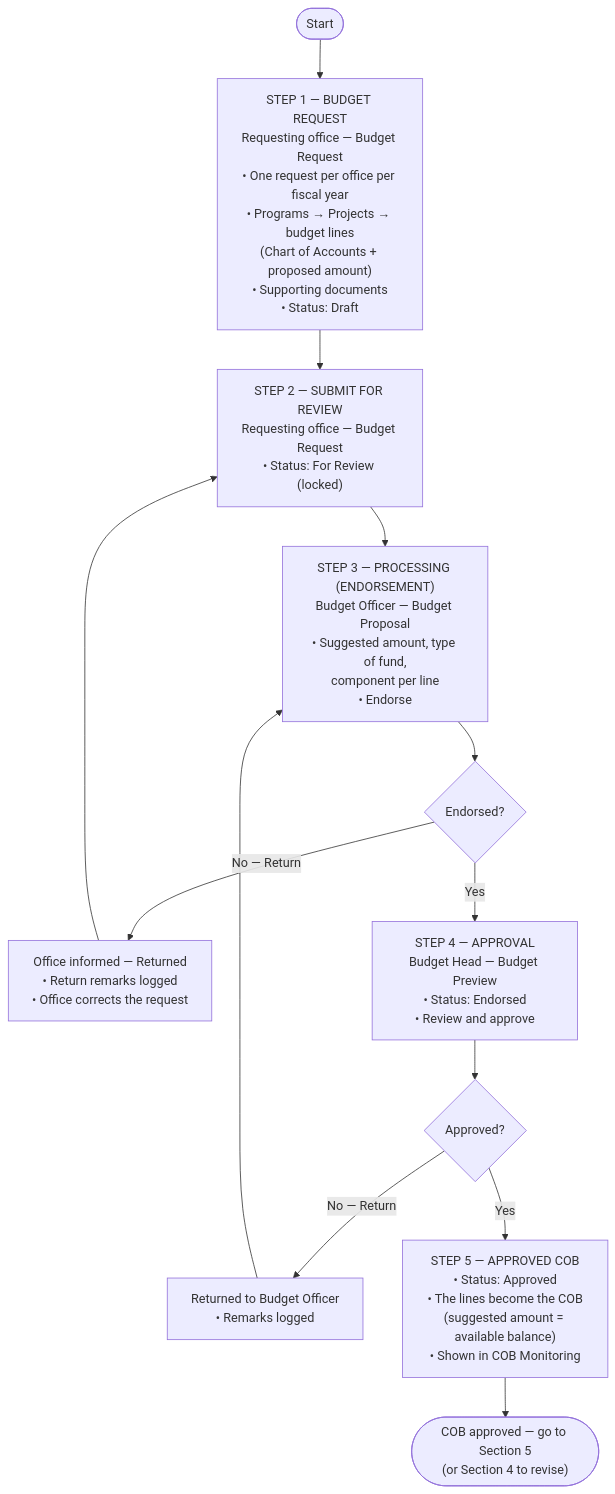
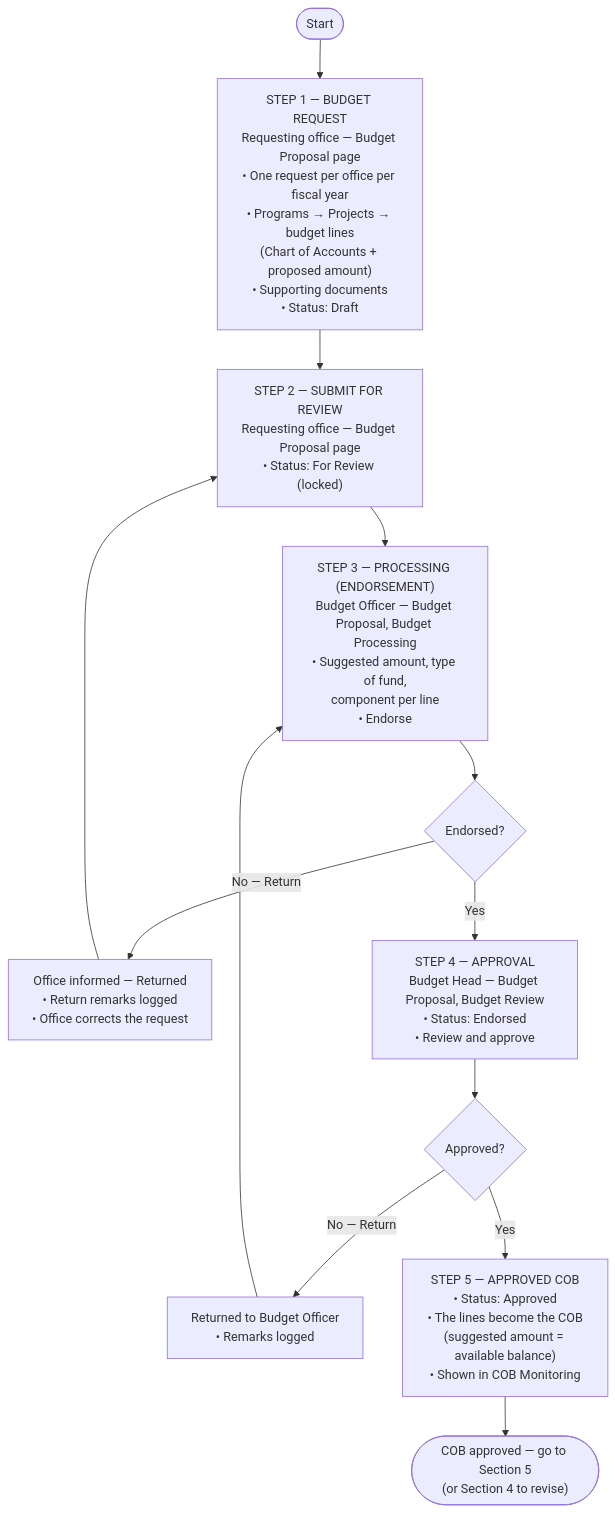
The fourth of 14 diagrams in system_docs/process-flow/PROCESS-FLOW.md (A-team-ITBS/fims-nha), drawn with Mermaid before and after one commit. The commit also changed other lines of this file and 2 other files, not shown here.

Commit message:
docs: single Budget Proposal page (FMD review on BudgetReqPage)

````diff
--- a/system_docs/process-flow/PROCESS-FLOW.md
+++ b/system_docs/process-flow/PROCESS-FLOW.md
@@ -169,15 +171,15 @@
 ```mermaid
 flowchart TD
-    START(["Start"]) --> S1["STEP 1 — BUDGET REQUEST<br/>Requesting office — Budget Request<br/>• One request per office per fiscal year<br/>• Programs → Projects → budget lines<br/>(Chart of Accounts + proposed amount)<br/>• Supporting documents<br/>• Status: Draft"]
-    S1 --> S2["STEP 2 — SUBMIT FOR REVIEW<br/>Requesting office — Budget Request<br/>• Status: For Review (locked)"]
-    S2 --> S3["STEP 3 — PROCESSING (ENDORSEMENT)<br/>Budget Officer — Budget Proposal<br/>• Suggested amount, type of fund,<br/>component per line<br/>• Endorse"]
+    START(["Start"]) --> S1["STEP 1 — BUDGET REQUEST<br/>Requesting office — Budget Proposal page<br/>• One request per office per fiscal year<br/>• Programs → Projects → budget lines<br/>(Chart of Accounts + proposed amount)<br/>• Supporting documents<br/>• Status: Draft"]
+    S1 --> S2["STEP 2 — SUBMIT FOR REVIEW<br/>Requesting office — Budget Proposal page<br/>• Status: For Review (locked)"]
+    S2 --> S3["STEP 3 — PROCESSING (ENDORSEMENT)<br/>Budget Officer — Budget Proposal, Budget Processing<br/>• Suggested amount, type of fund,<br/>component per line<br/>• Endorse"]
     S3 --> D1{"Endorsed?"}
     D1 -->|"No — Return"| R1["Office informed — Returned<br/>• Return remarks logged<br/>• Office corrects the request"]
     R1 --> S2
-    D1 -->|"Yes"| S4["STEP 4 — APPROVAL<br/>Budget Head — Budget Preview<br/>• Status: Endorsed<br/>• Review and approve"]
+    D1 -->|"Yes"| S4["STEP 4 — APPROVAL<br/>Budget Head — Budget Proposal, Budget Review<br/>• Status: Endorsed<br/>• Review and approve"]
     S4 --> D2{"Approved?"}
     D2 -->|"No — Return"| R2["Returned to Budget Officer<br/>• Remarks logged"]
     R2 --> S3
     D2 -->|"Yes"| S5["STEP 5 — APPROVED COB<br/>• Status: Approved<br/>• The lines become the COB<br/>(suggested amount = available balance)<br/>• Shown in COB Monitoring"]
     S5 --> END(["COB approved — go to Section 5<br/>(or Section 4 to revise)"])
 ```
````
